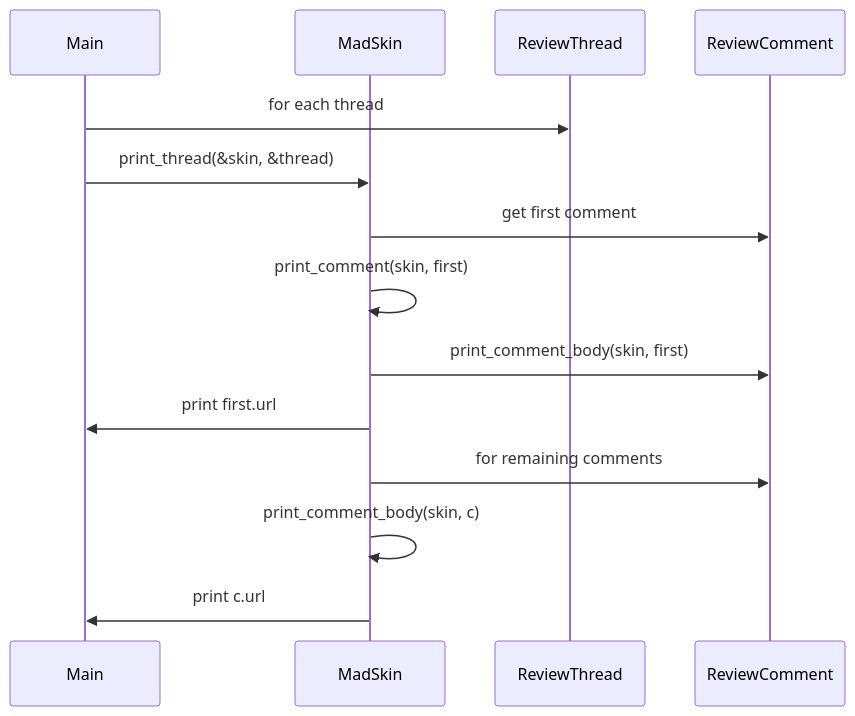
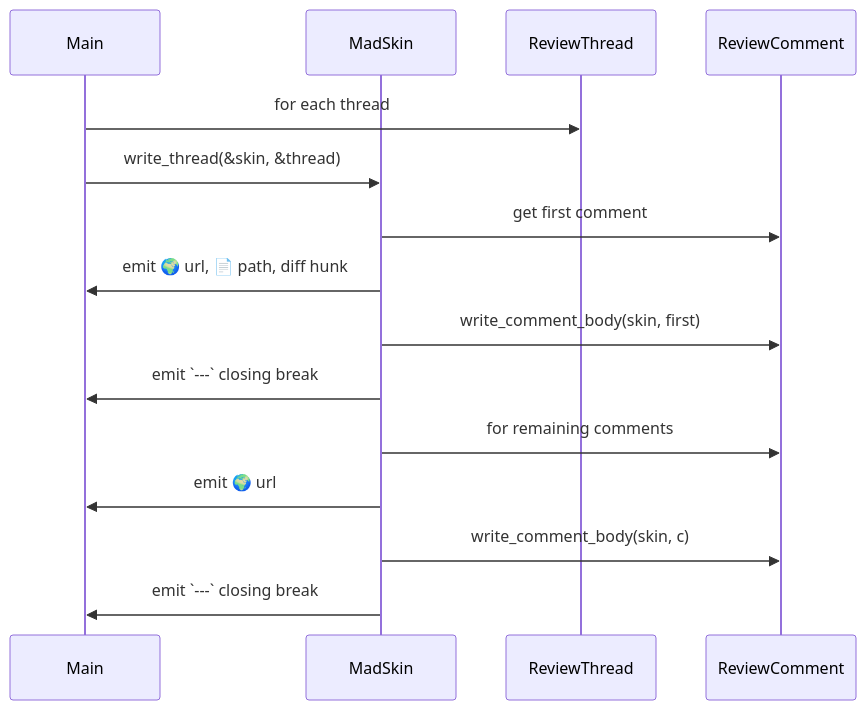
The first of 5 diagrams in docs/vk-design.md (leynos/vk), drawn with Mermaid before and after one commit. The commit also changed other lines of this file and 1 other file, not shown here.

First line of the commit message:
Document new comment layout and cover extractor filter

````diff
--- a/docs/vk-design.md
+++ b/docs/vk-design.md
@@ -148,17 +163,18 @@
 ```mermaid
 sequenceDiagram
     participant Main
     participant MadSkin
     participant ReviewThread
     participant ReviewComment
 
     Main->>ReviewThread: for each thread
-    Main->>MadSkin: print_thread(&skin, &thread)
+    Main->>MadSkin: write_thread(&skin, &thread)
     MadSkin->>ReviewComment: get first comment
-    MadSkin->>MadSkin: print_comment(skin, first)
-    MadSkin->>ReviewComment: print_comment_body(skin, first)
-    MadSkin->>Main: print first.url
+    MadSkin->>Main: emit 🌍 url, 📄 path, diff hunk
+    MadSkin->>ReviewComment: write_comment_body(skin, first)
+    MadSkin->>Main: emit `---` closing break
     MadSkin->>ReviewComment: for remaining comments
-    MadSkin->>MadSkin: print_comment_body(skin, c)
-    MadSkin->>Main: print c.url
+    MadSkin->>Main: emit 🌍 url
+    MadSkin->>ReviewComment: write_comment_body(skin, c)
+    MadSkin->>Main: emit `---` closing break
 ```
````
